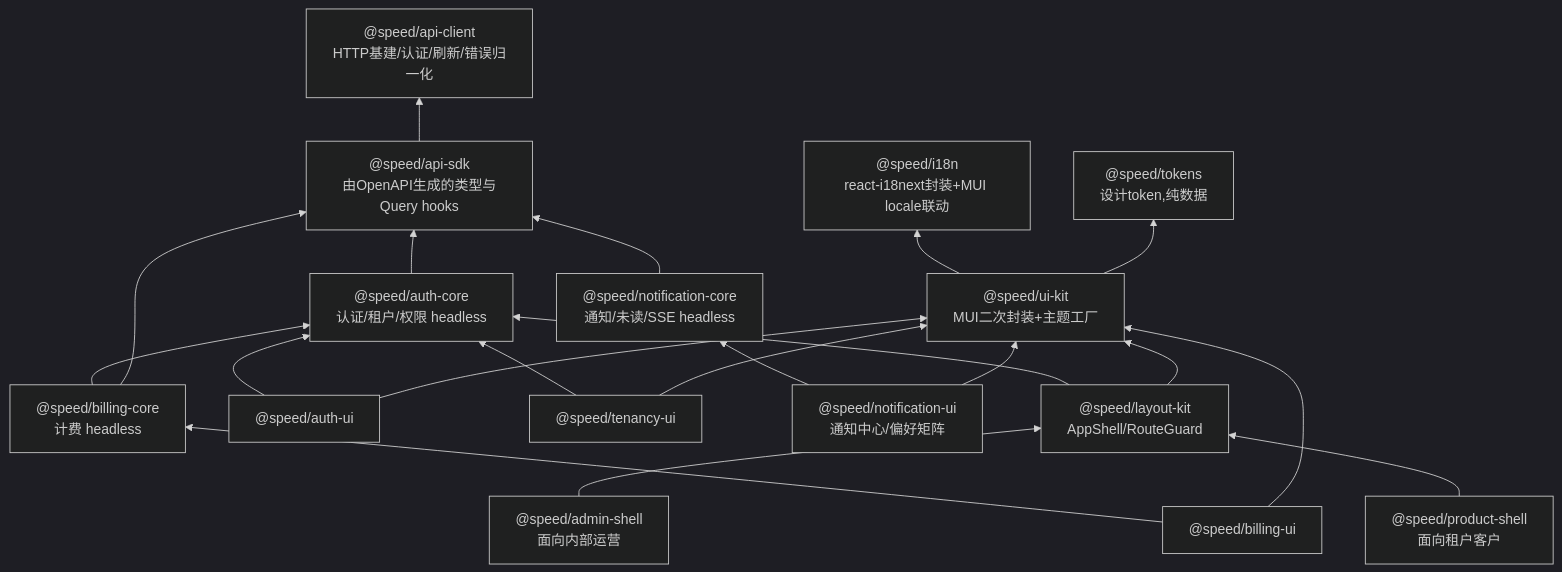
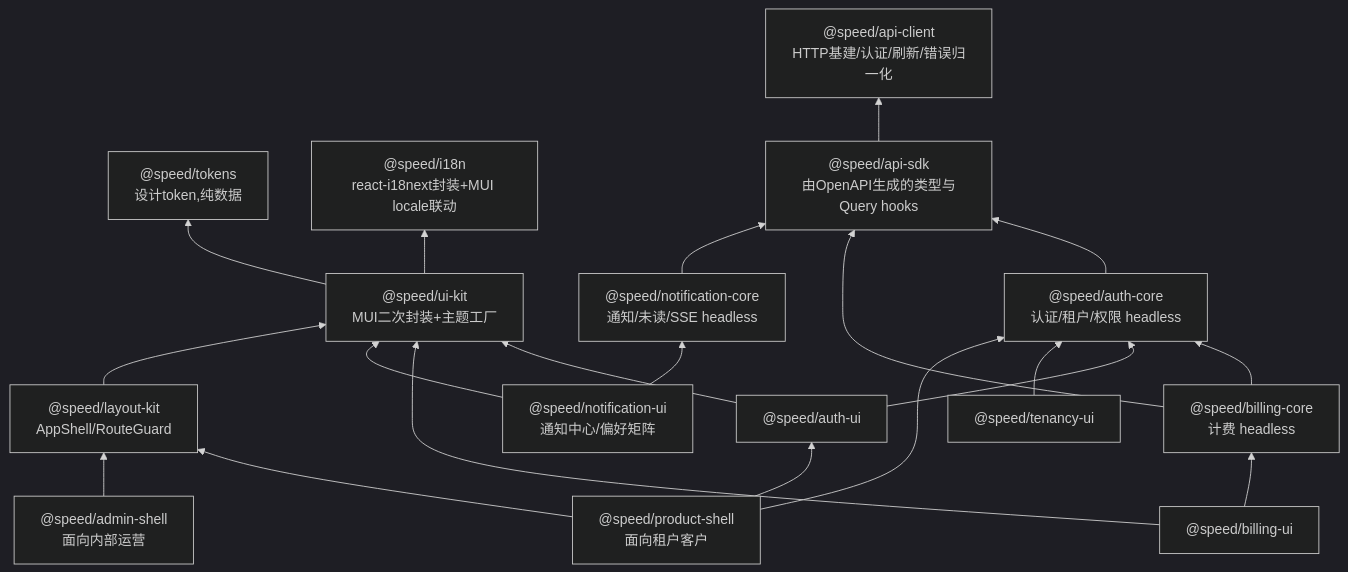
Before and after one commit to vislake/speed: the diagram in docs/internal/12-frontend.md, drawn with Mermaid (dark theme). The commit also changed other lines of this file and 5 other files, not shown here.

````diff
--- a/docs/internal/12-frontend.md
+++ b/docs/internal/12-frontend.md
@@ -7,38 +7,38 @@
 ```mermaid
 graph BT
     tokens["@speed/tokens<br/>设计token,纯数据"]
     i18n["@speed/i18n<br/>react-i18next封装+MUI locale联动"]
     uikit["@speed/ui-kit<br/>MUI二次封装+主题工厂"]
     api["@speed/api-client<br/>HTTP基建/认证/刷新/错误归一化"]
     sdk["@speed/api-sdk<br/>由OpenAPI生成的类型与Query hooks"]
     authcore["@speed/auth-core<br/>认证/租户/权限 headless"]
     billcore["@speed/billing-core<br/>计费 headless"]
     authui["@speed/auth-ui"]
     tenantui["@speed/tenancy-ui"]
     billui["@speed/billing-ui"]
     notifcore["@speed/notification-core<br/>通知/未读/SSE headless"]
     notifui["@speed/notification-ui<br/>通知中心/偏好矩阵"]
     layout["@speed/layout-kit<br/>AppShell/RouteGuard"]
     pshell["@speed/product-shell<br/>面向租户客户"]
     ashell["@speed/admin-shell<br/>面向内部运营"]
 
     uikit --> tokens
     uikit --> i18n
     sdk --> api
     authcore --> sdk
     billcore --> sdk
     billcore --> authcore
     authui --> uikit
     authui --> authcore
-    tenantui --> uikit
     tenantui --> authcore
     billui --> uikit
     billui --> billcore
     notifui --> uikit
     notifui --> notifcore
     notifcore --> sdk
     layout --> uikit
-    layout --> authcore
+    pshell --> authcore
+    pshell --> authui
     pshell --> layout
     ashell --> layout
 ```
````
